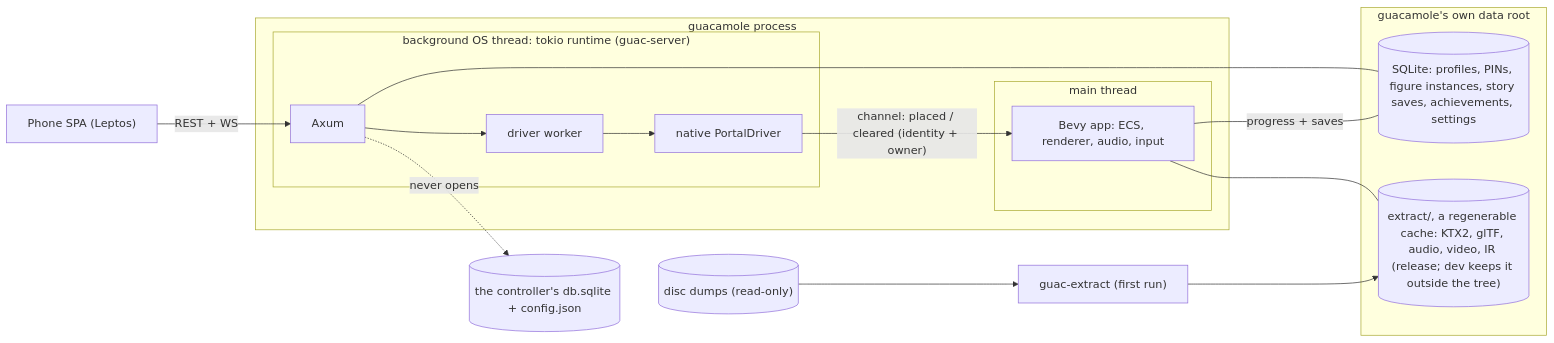
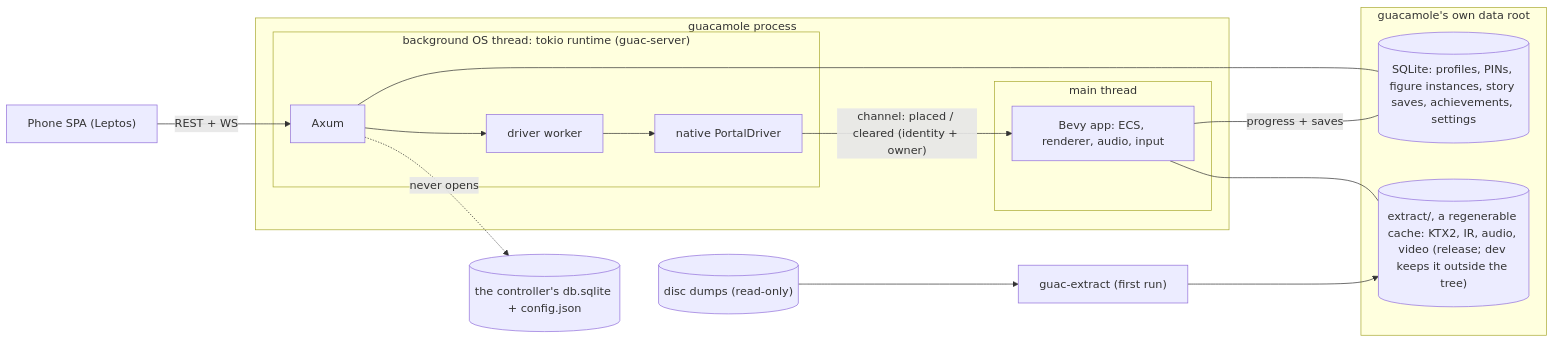
Before and after one commit to chotchki/skylander-portal-controller: the diagram in docs/native/guacamole-design.md, drawn with Mermaid. The commit also changed other lines of this file and 11 other files, not shown here.

````diff
--- a/docs/native/guacamole-design.md
+++ b/docs/native/guacamole-design.md
@@ -233,25 +252,25 @@
 ```mermaid
 flowchart LR
   phone["Phone SPA (Leptos)"] -- "REST + WS" --> axum
   subgraph g["guacamole process"]
     subgraph bg["background OS thread: tokio runtime (guac-server)"]
       axum["Axum"] --> worker["driver worker"]
       worker --> native["native PortalDriver"]
     end
     subgraph mt["main thread"]
       bevy["Bevy app: ECS, renderer, audio, input"]
     end
     native -- "channel: placed / cleared (identity + owner)" --> bevy
   end
   subgraph root["guacamole's own data root"]
     db[("SQLite: profiles, PINs, figure instances, story saves, achievements, settings")]
-    extract[("extract/, a regenerable cache: KTX2, glTF, audio, video, IR (release; dev keeps it outside the tree)")]
+    extract[("extract/, a regenerable cache: KTX2, IR, audio, video (release; dev keeps it outside the tree)")]
   end
   ctrl[("the controller's db.sqlite + config.json")]
   dumps[("disc dumps (read-only)")]
   axum --- db
   axum -.->|"never opens"| ctrl
   bevy -- "progress + saves" --- db
   bevy --- extract
   dumps --> gx["guac-extract (first run)"] --> extract
 ```
````
